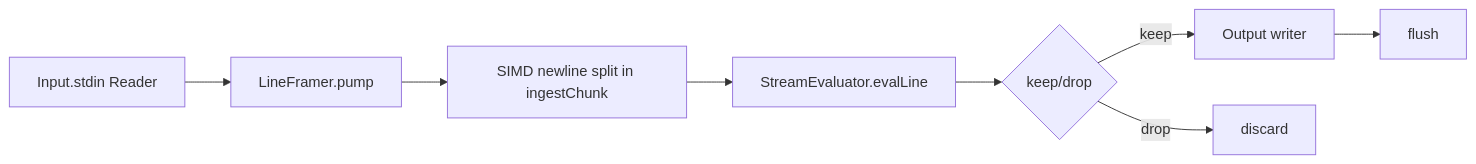
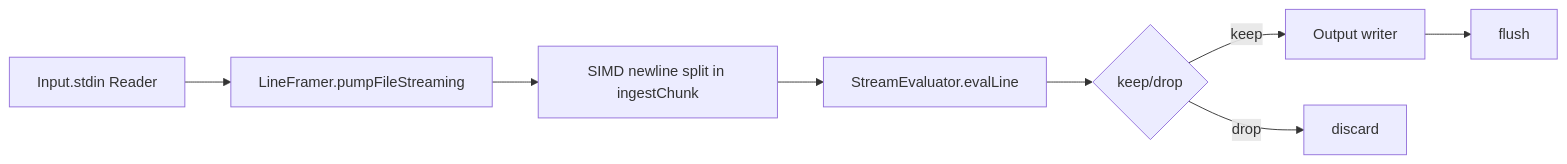
Before and after one commit to usetero/edge: the second of 9 diagrams in src/tail/README.md, drawn with Mermaid. The commit also changed other lines of this file, not shown here.

Commit message:
docs: correct stdin-mode runtime function in tail README

````diff
--- a/src/tail/README.md
+++ b/src/tail/README.md
@@ -61,10 +61,10 @@
 ```mermaid
 flowchart LR
-  A[Input.stdin Reader] --> B[LineFramer.pump]
+  A[Input.stdin Reader] --> B[LineFramer.pumpFileStreaming]
   B --> C[SIMD newline split in ingestChunk]
   C --> D[StreamEvaluator.evalLine]
   D --> E{keep/drop}
   E -- keep --> F[Output writer]
   E -- drop --> G[discard]
   F --> H[flush]
 ```
````
